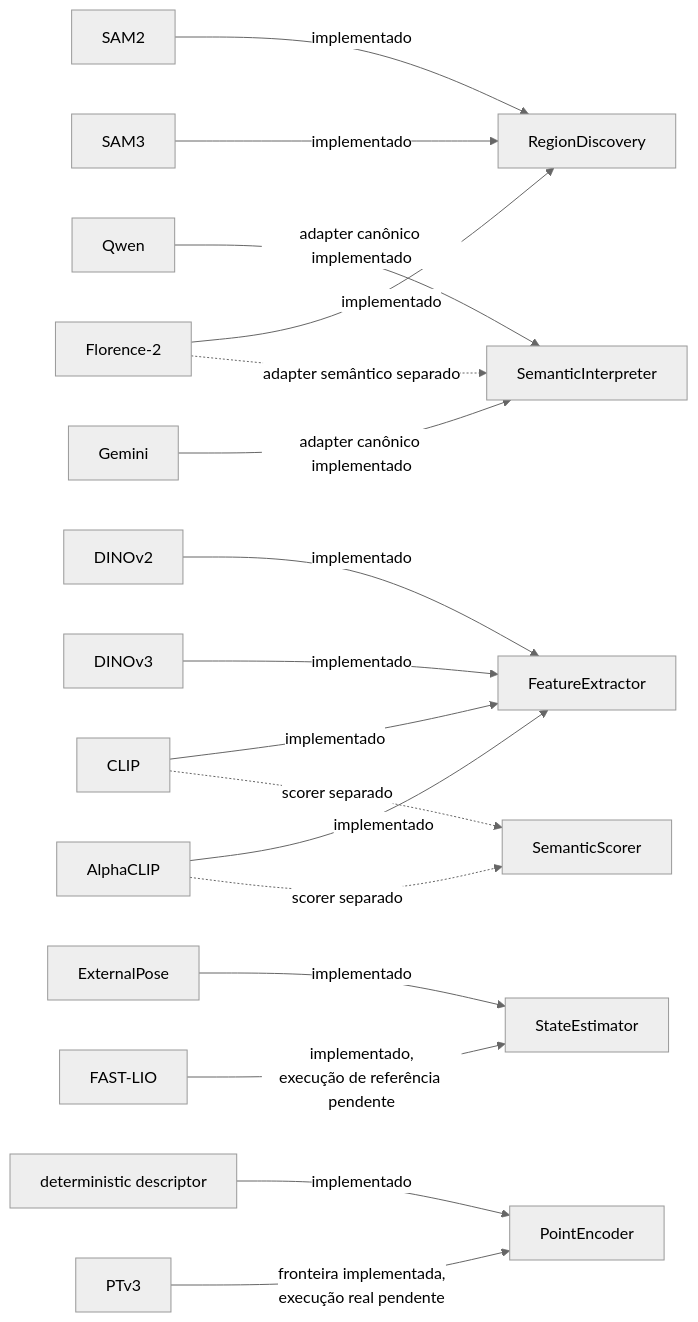
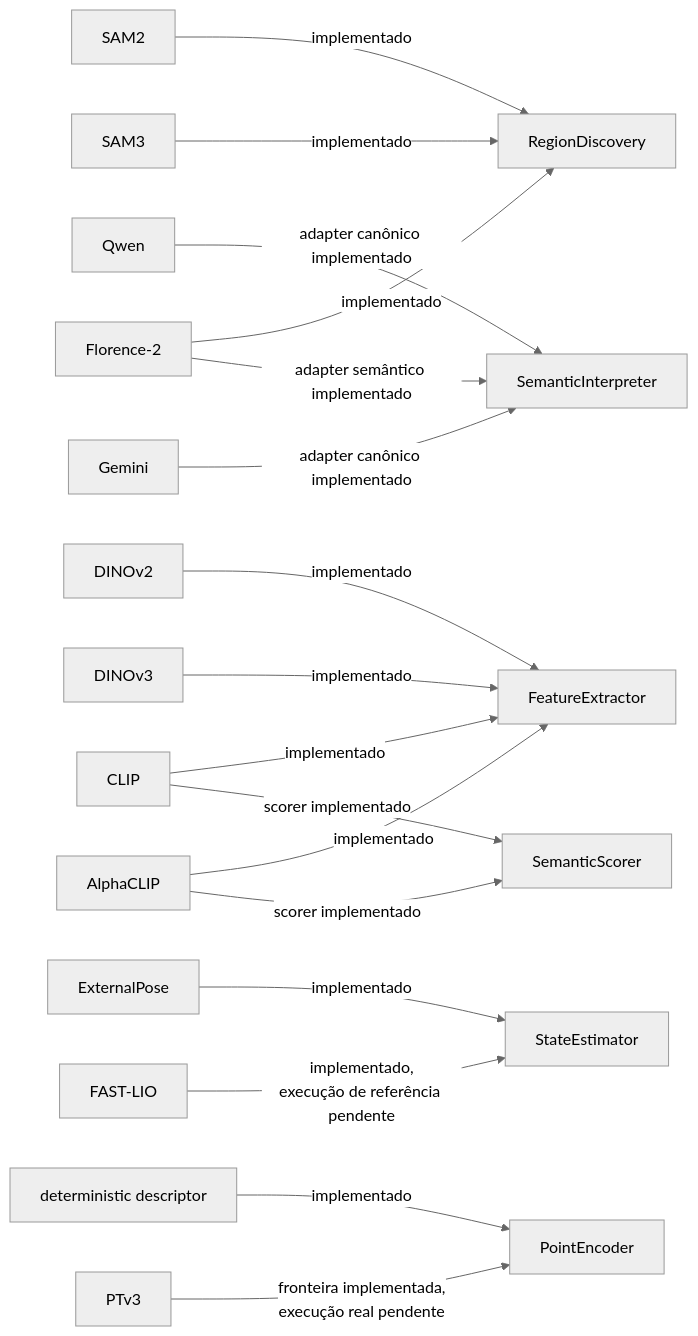
Before and after one commit to Alexandre-Tortoza/contextmap2: the fourth of 7 diagrams in docs/architecture.md, drawn with Mermaid (neutral theme). The commit also changed other lines of this file and 30 other files, not shown here.

````diff
--- a/docs/architecture.md
+++ b/docs/architecture.md
@@ -275,27 +277,27 @@
 ```mermaid
 flowchart LR
     RD["RegionDiscovery"]
     FE["FeatureExtractor"]
     SI["SemanticInterpreter"]
     SS["SemanticScorer"]
     SE["StateEstimator"]
     PE["PointEncoder"]
 
     SAM2["SAM2"] -->|implementado| RD
     SAM3["SAM3"] -->|implementado| RD
     F2["Florence-2"] -->|implementado| RD
 
     D2["DINOv2"] -->|implementado| FE
     D3["DINOv3"] -->|implementado| FE
     CLIP["CLIP"] -->|implementado| FE
     ACLIP["AlphaCLIP"] -->|implementado| FE
     Q["Qwen"] -->|adapter canônico implementado| SI
     G["Gemini"] -->|adapter canônico implementado| SI
-    F2 -. adapter semântico separado .-> SI
-    CLIP -. scorer separado .-> SS
-    ACLIP -. scorer separado .-> SS
+    F2 -->|adapter semântico implementado| SI
+    CLIP -->|scorer implementado| SS
+    ACLIP -->|scorer implementado| SS
     EXT["ExternalPose"] -->|implementado| SE
     FL["FAST-LIO"] -->|implementado,<br/>execução de referência pendente| SE
     DET["deterministic descriptor"] -->|implementado| PE
     PT["PTv3"] -->|fronteira implementada,<br/>execução real pendente| PE
 ```
````
